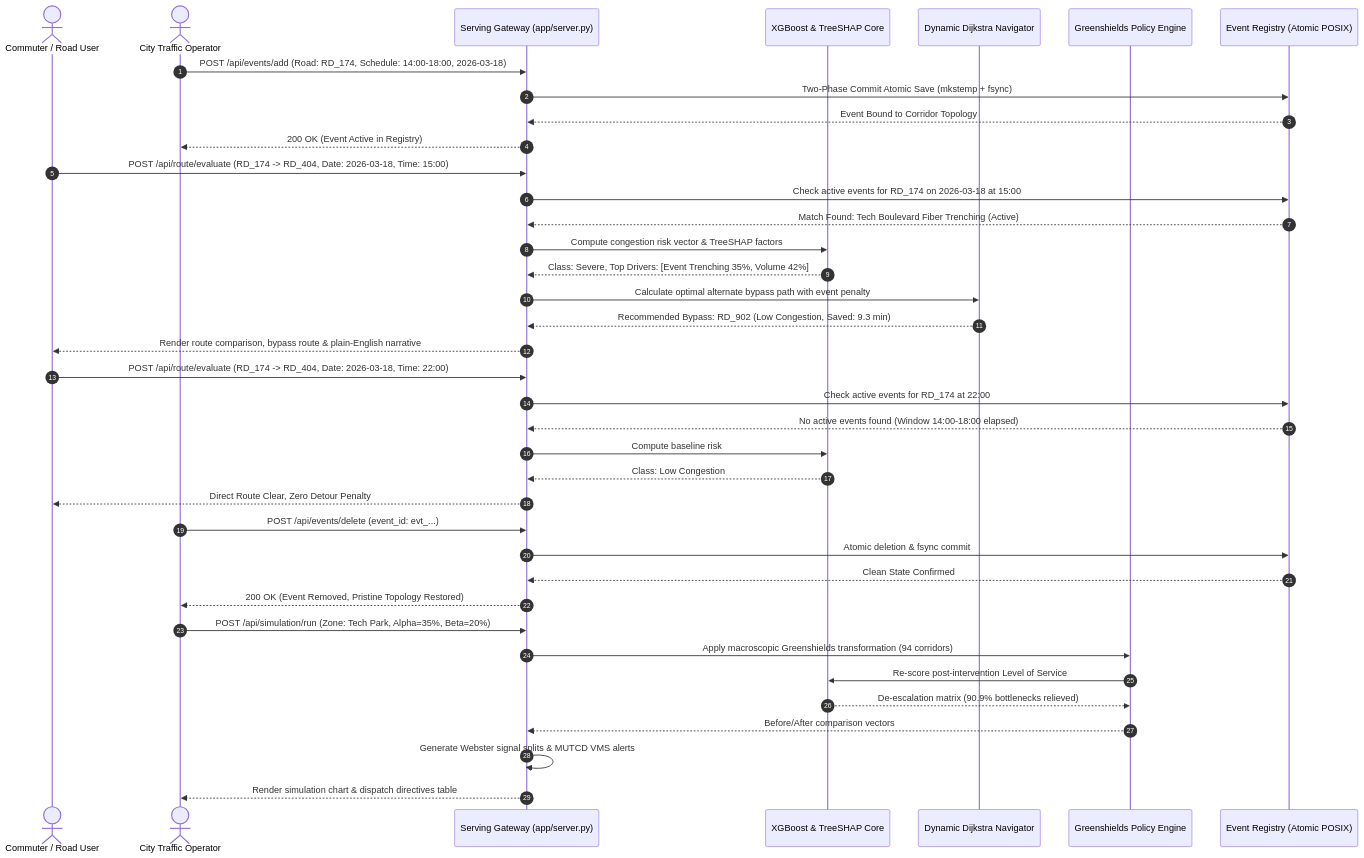
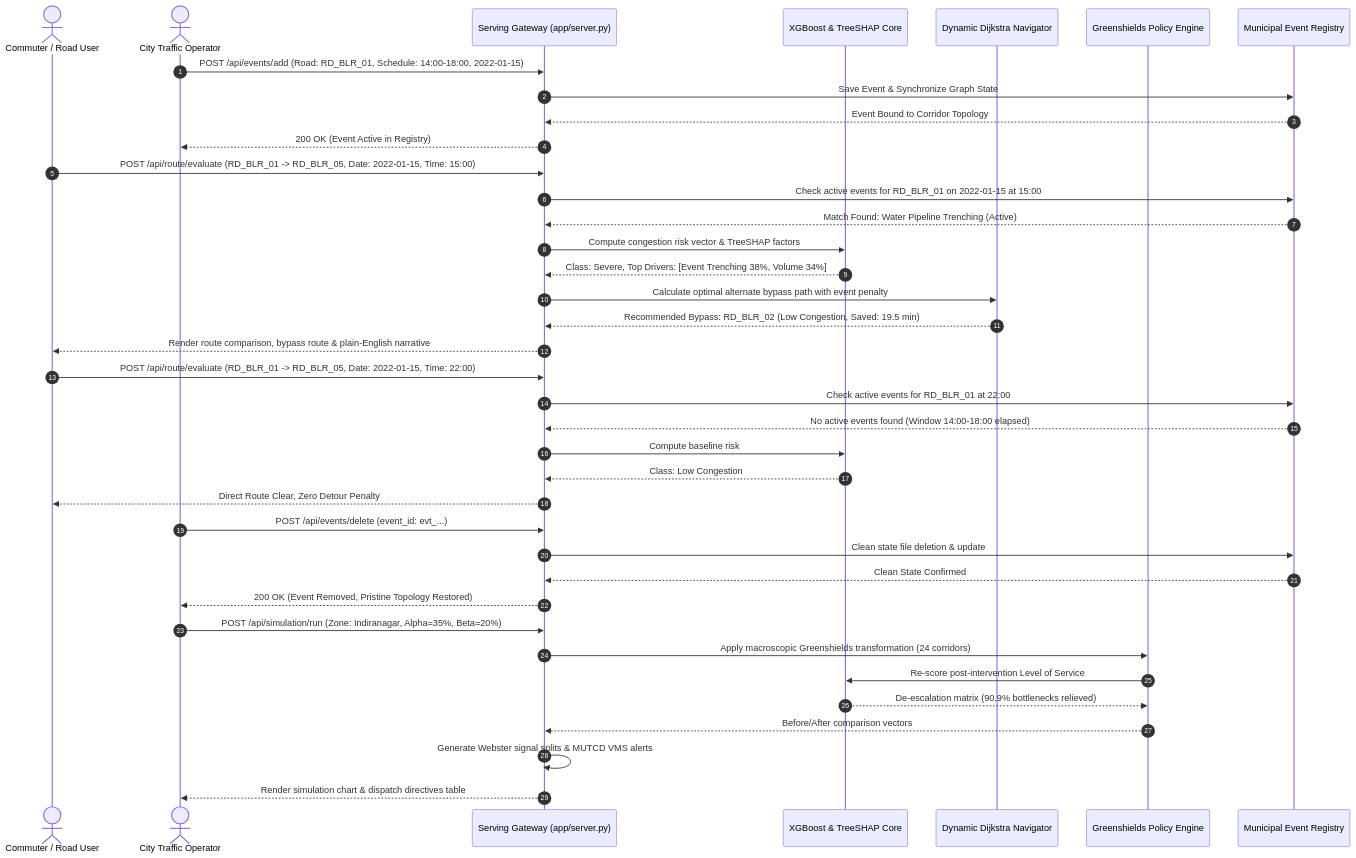
One commit to Adhithya-kn/smart-traffic-ai-prediction changed the diagram in architecture/01_FULL_SYSTEM_ARCHITECTURE.md. Above: the diagram before and after it, drawn with Mermaid. The commit also changed other lines of this file and 2 other files, not shown here.

First line of the commit message:
docs: streamline architecture and tech stack to strictly traffic-focused domain

````diff
--- a/architecture/01_FULL_SYSTEM_ARCHITECTURE.md
+++ b/architecture/01_FULL_SYSTEM_ARCHITECTURE.md
@@ -282,50 +291,50 @@
 ```mermaid
 sequenceDiagram
     autonumber
     actor Driver as Commuter / Road User
     actor Operator as City Traffic Operator
     participant API as Serving Gateway (app/server.py)
     participant Model as XGBoost & TreeSHAP Core
     participant Graph as Dynamic Dijkstra Navigator
     participant Sim as Greenshields Policy Engine
-    participant EventDB as Event Registry (Atomic POSIX)
+    participant EventDB as Municipal Event Registry
 
     %% Flow 1: Event Registration by Traffic Authority
-    Operator->>API: POST /api/events/add (Road: RD_174, Schedule: 14:00-18:00, 2026-03-18)
-    API->>EventDB: Two-Phase Commit Atomic Save (mkstemp + fsync)
+    Operator->>API: POST /api/events/add (Road: RD_BLR_01, Schedule: 14:00-18:00, 2022-01-15)
+    API->>EventDB: Save Event & Synchronize Graph State
     EventDB-->>API: Event Bound to Corridor Topology
     API-->>Operator: 200 OK (Event Active in Registry)
 
     %% Flow 2: Commuter Trip Query (During Active Event Window)
-    Driver->>API: POST /api/route/evaluate (RD_174 -> RD_404, Date: 2026-03-18, Time: 15:00)
-    API->>EventDB: Check active events for RD_174 on 2026-03-18 at 15:00
-    EventDB-->>API: Match Found: Tech Boulevard Fiber Trenching (Active)
+    Driver->>API: POST /api/route/evaluate (RD_BLR_01 -> RD_BLR_05, Date: 2022-01-15, Time: 15:00)
+    API->>EventDB: Check active events for RD_BLR_01 on 2022-01-15 at 15:00
+    EventDB-->>API: Match Found: Water Pipeline Trenching (Active)
     API->>Model: Compute congestion risk vector & TreeSHAP factors
-    Model-->>API: Class: Severe, Top Drivers: [Event Trenching 35%, Volume 42%]
+    Model-->>API: Class: Severe, Top Drivers: [Event Trenching 38%, Volume 34%]
     API->>Graph: Calculate optimal alternate bypass path with event penalty
-    Graph-->>API: Recommended Bypass: RD_902 (Low Congestion, Saved: 9.3 min)
+    Graph-->>API: Recommended Bypass: RD_BLR_02 (Low Congestion, Saved: 19.5 min)
     API-->>Driver: Render route comparison, bypass route & plain-English narrative
 
     %% Flow 3: Commuter Trip Query (Off-Schedule Window)
-    Driver->>API: POST /api/route/evaluate (RD_174 -> RD_404, Date: 2026-03-18, Time: 22:00)
-    API->>EventDB: Check active events for RD_174 at 22:00
+    Driver->>API: POST /api/route/evaluate (RD_BLR_01 -> RD_BLR_05, Date: 2022-01-15, Time: 22:00)
+    API->>EventDB: Check active events for RD_BLR_01 at 22:00
     EventDB-->>API: No active events found (Window 14:00-18:00 elapsed)
     API->>Model: Compute baseline risk
     Model-->>API: Class: Low Congestion
     API-->>Driver: Direct Route Clear, Zero Detour Penalty
 
     %% Flow 4: Event Cleanup by Traffic Authority
     Operator->>API: POST /api/events/delete (event_id: evt_...)
-    API->>EventDB: Atomic deletion & fsync commit
+    API->>EventDB: Clean state file deletion & update
     EventDB-->>API: Clean State Confirmed
     API-->>Operator: 200 OK (Event Removed, Pristine Topology Restored)
 
     %% Flow 5: Proactive Policy Simulation
-    Operator->>API: POST /api/simulation/run (Zone: Tech Park, Alpha=35%, Beta=20%)
-    API->>Sim: Apply macroscopic Greenshields transformation (94 corridors)
+    Operator->>API: POST /api/simulation/run (Zone: Indiranagar, Alpha=35%, Beta=20%)
+    API->>Sim: Apply macroscopic Greenshields transformation (24 corridors)
     Sim->>Model: Re-score post-intervention Level of Service
     Model-->>Sim: De-escalation matrix (90.9% bottlenecks relieved)
     Sim-->>API: Before/After comparison vectors
     API->>API: Generate Webster signal splits & MUTCD VMS alerts
     API-->>Operator: Render simulation chart & dispatch directives table
 ```
````
